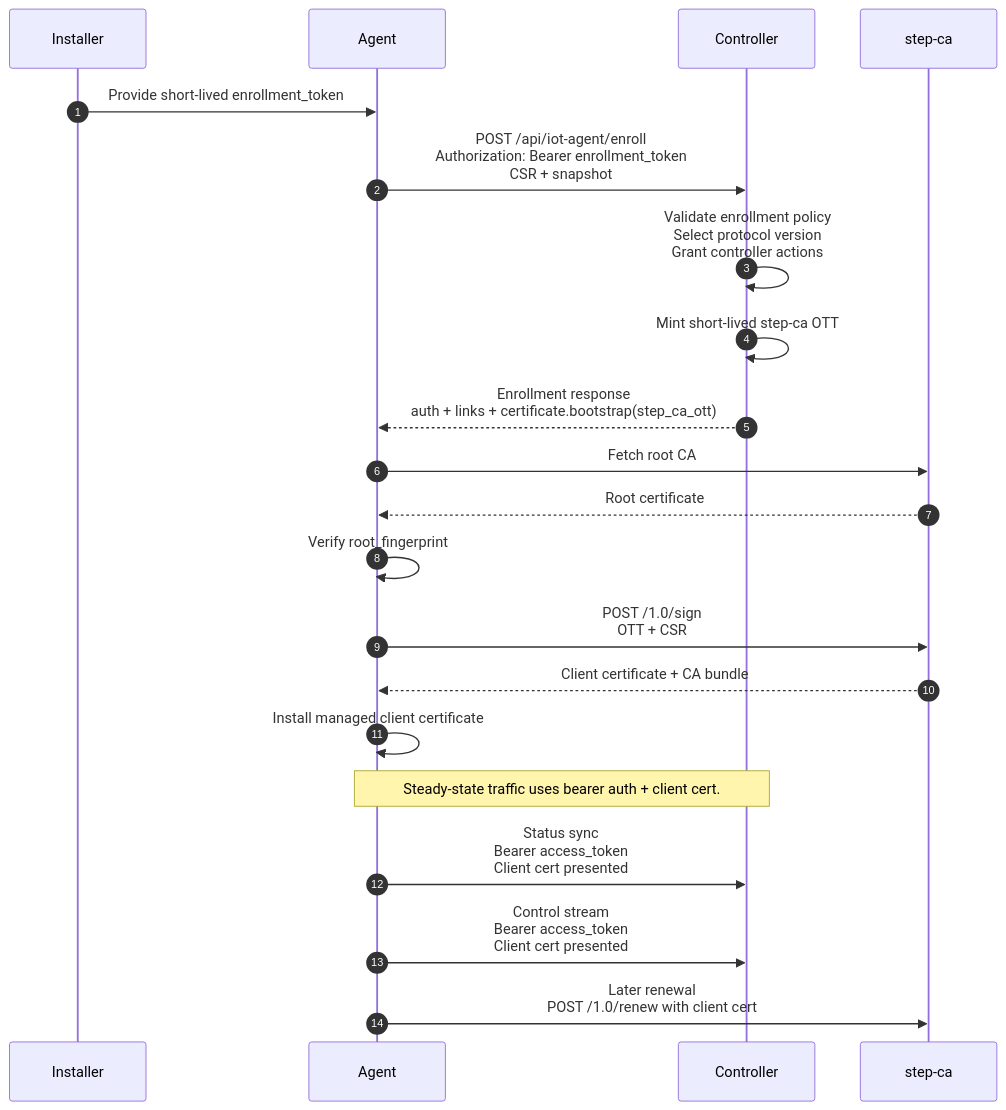
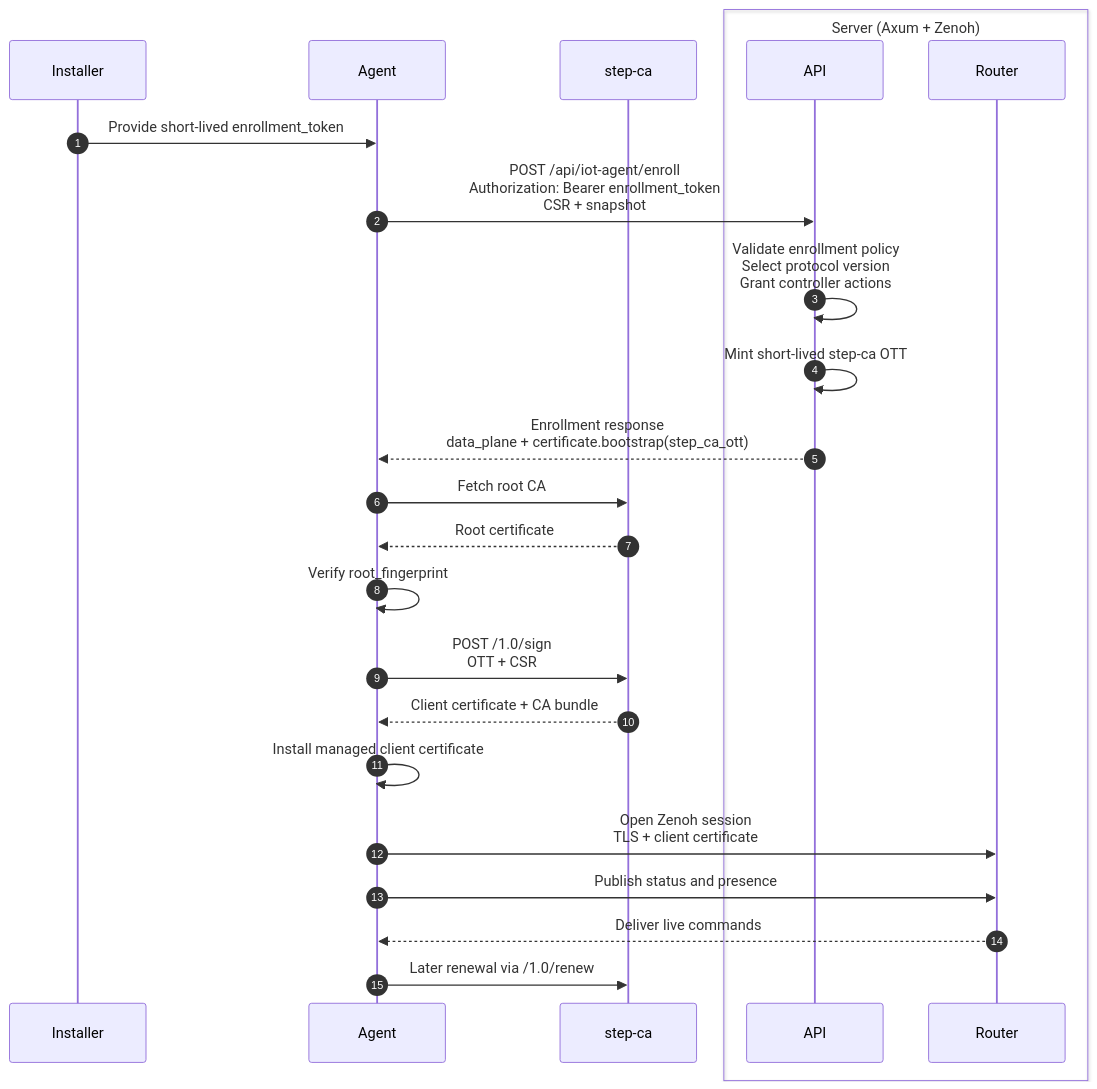
The diagram in docs/gateway_protocol.md (hadronomy/inari), drawn with Mermaid before and after one commit. The commit also changed other lines of this file and 30 other files, not shown here.

Commit message:
feat(gateway): migrate managed data plane to zenoh

````diff
--- a/docs/gateway_protocol.md
+++ b/docs/gateway_protocol.md
@@ -287,28 +256,30 @@
 ```mermaid
 sequenceDiagram
     autonumber
     participant Installer
     participant Agent
-    participant Controller
     participant StepCA as step-ca
+    box Server (Axum + Zenoh)
+        participant Controller as API
+        participant Router as Router
+    end
 
     Installer->>Agent: Provide short-lived enrollment_token
     Agent->>Controller: POST /api/iot-agent/enroll<br/>Authorization: Bearer enrollment_token<br/>CSR + snapshot
     Controller->>Controller: Validate enrollment policy<br/>Select protocol version<br/>Grant controller actions
     Controller->>Controller: Mint short-lived step-ca OTT
-    Controller-->>Agent: Enrollment response<br/>auth + links + certificate.bootstrap(step_ca_ott)
+    Controller-->>Agent: Enrollment response<br/>data_plane + certificate.bootstrap(step_ca_ott)
 
     Agent->>StepCA: Fetch root CA
     StepCA-->>Agent: Root certificate
     Agent->>Agent: Verify root_fingerprint
 
     Agent->>StepCA: POST /1.0/sign<br/>OTT + CSR
     StepCA-->>Agent: Client certificate + CA bundle
     Agent->>Agent: Install managed client certificate
 
-    Note over Agent,Controller: Steady-state traffic uses bearer auth + client cert.
-
-    Agent->>Controller: Status sync<br/>Bearer access_token<br/>Client cert presented
-    Agent->>Controller: Control stream<br/>Bearer access_token<br/>Client cert presented
-    Agent->>StepCA: Later renewal<br/>POST /1.0/renew with client cert
+    Agent->>Router: Open Zenoh session<br/>TLS + client certificate
+    Agent->>Router: Publish status and presence
+    Router-->>Agent: Deliver live commands
+    Agent->>StepCA: Later renewal via /1.0/renew
 ```
````
